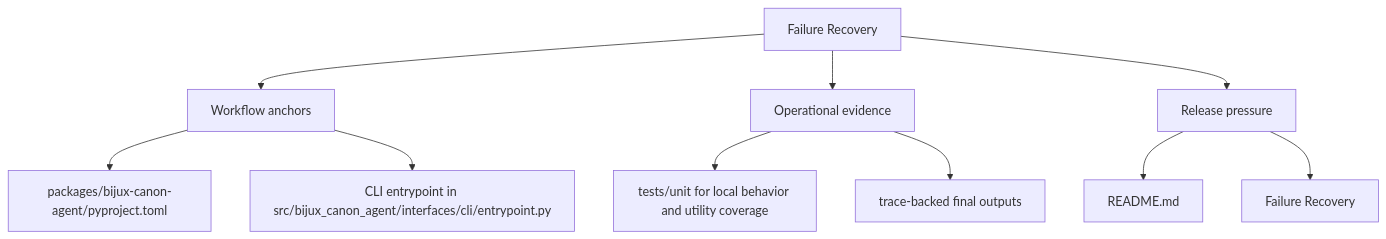
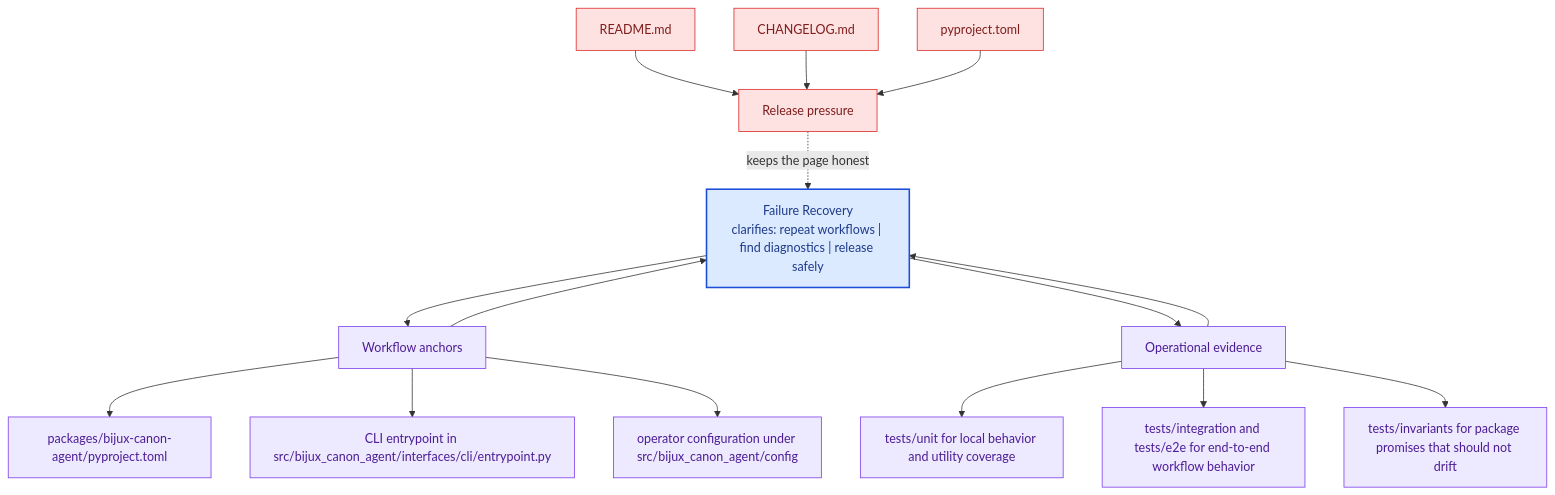
One commit to bijux/bijux-canon changed the second of 2 diagrams in docs/bijux-canon-agent/operations/failure-recovery.md. Above: the diagram before and after it, drawn with Mermaid. The commit also changed other lines of this file and 281 other files, not shown here.

Commit message:
docs(diagrams): deepen handbook mermaid maps across the catalog

````diff
--- a/docs/bijux-canon-agent/operations/failure-recovery.md
+++ b/docs/bijux-canon-agent/operations/failure-recovery.md
@@ -34,22 +67,41 @@
 ```mermaid
-flowchart TD
-    page["Failure Recovery"]
+flowchart TB
+    promise["Failure Recovery<br/>clarifies: repeat workflows | find diagnostics | release safely"]
+    classDef promise fill:#dbeafe,stroke:#1d4ed8,color:#1e3a8a,stroke-width:2px;
+    classDef driver fill:#dcfce7,stroke:#16a34a,color:#14532d;
+    classDef constraint fill:#fee2e2,stroke:#dc2626,color:#7f1d1d;
+    classDef ground fill:#ede9fe,stroke:#7c3aed,color:#4c1d95;
     focus1["Workflow anchors"]
-    page --> focus1
+    focus1 --> promise
+    promise --> focus1
     focus1_1["packages/bijux-canon-agent/pyproject.toml"]
     focus1 --> focus1_1
     focus1_2["CLI entrypoint in src/bijux_canon_agent/interfaces/cli/entrypoint.py"]
     focus1 --> focus1_2
+    focus1_3["operator configuration under src/bijux_canon_agent/config"]
+    focus1 --> focus1_3
+    class focus1 ground;
+    class focus1_1,focus1_2,focus1_3 ground;
     focus2["Operational evidence"]
-    page --> focus2
+    focus2 --> promise
+    promise --> focus2
     focus2_1["tests/unit for local behavior and utility coverage"]
     focus2 --> focus2_1
-    focus2_2["trace-backed final outputs"]
+    focus2_2["tests/integration and tests/e2e for end-to-end workflow behavior"]
     focus2 --> focus2_2
+    focus2_3["tests/invariants for package promises that should not drift"]
+    focus2 --> focus2_3
+    class focus2 ground;
+    class focus2_1,focus2_2,focus2_3 ground;
     focus3["Release pressure"]
-    page --> focus3
+    focus3 -.keeps the page honest.-> promise
     focus3_1["README.md"]
-    focus3 --> focus3_1
-    focus3_2["Failure Recovery"]
-    focus3 --> focus3_2
+    focus3_1 --> focus3
+    focus3_2["CHANGELOG.md"]
+    focus3_2 --> focus3
+    focus3_3["pyproject.toml"]
+    focus3_3 --> focus3
+    class focus3 constraint;
+    class focus3_1,focus3_2,focus3_3 constraint;
+    class promise promise;
 ```
````
